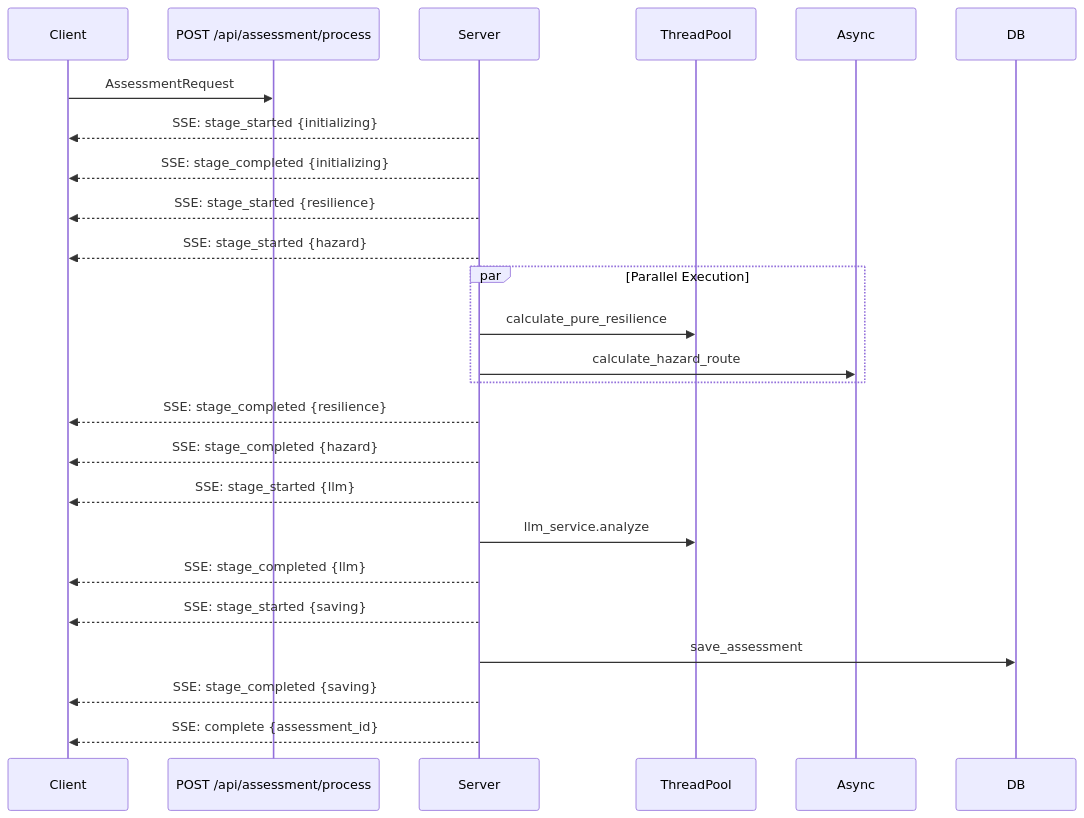
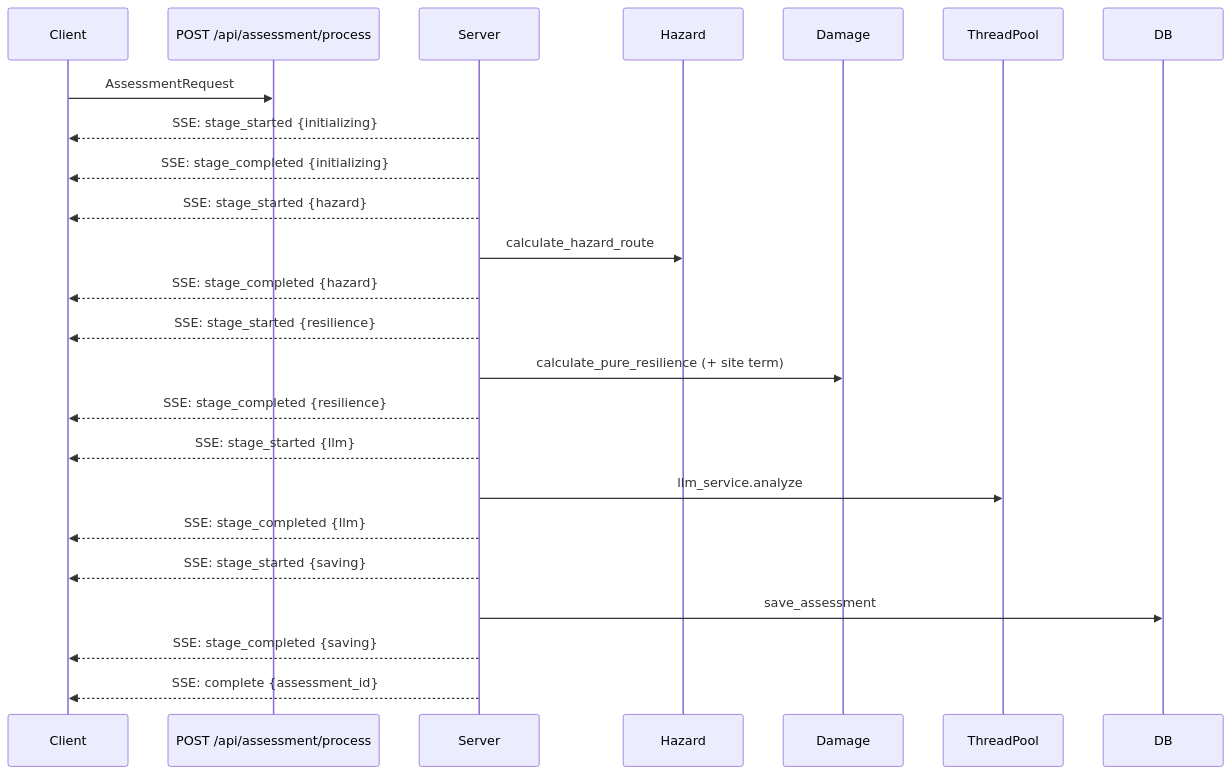
Before and after one commit to Mhk-debug/ResilienceAI: the sixth of 6 diagrams in backend/docs/architecture.md, drawn with Mermaid. The commit also changed other lines of this file and 30 other files, not shown here.

````diff
--- a/backend/docs/architecture.md
+++ b/backend/docs/architecture.md
@@ -338,21 +323,19 @@
 ```mermaid
 sequenceDiagram
     Client->>POST /api/assessment/process: AssessmentRequest
     Server-->>Client: SSE: stage_started {initializing}
     Server-->>Client: SSE: stage_completed {initializing}
+    Server-->>Client: SSE: stage_started {hazard}
+    Server->>Hazard: calculate_hazard_route
+    Server-->>Client: SSE: stage_completed {hazard}
     Server-->>Client: SSE: stage_started {resilience}
-    Server-->>Client: SSE: stage_started {hazard}
-    par Parallel Execution
-        Server->>ThreadPool: calculate_pure_resilience
-        Server->>Async: calculate_hazard_route
-    end
+    Server->>Damage: calculate_pure_resilience (+ site term)
     Server-->>Client: SSE: stage_completed {resilience}
-    Server-->>Client: SSE: stage_completed {hazard}
     Server-->>Client: SSE: stage_started {llm}
     Server->>ThreadPool: llm_service.analyze
     Server-->>Client: SSE: stage_completed {llm}
     Server-->>Client: SSE: stage_started {saving}
     Server->>DB: save_assessment
     Server-->>Client: SSE: stage_completed {saving}
     Server-->>Client: SSE: complete {assessment_id}
 ```
````
